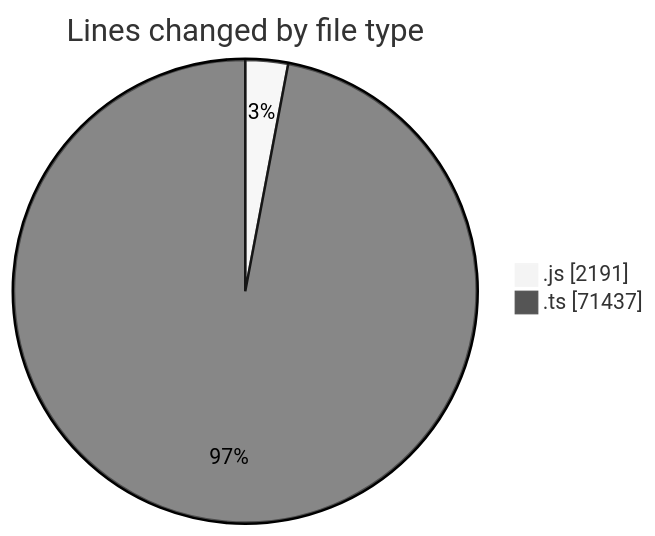
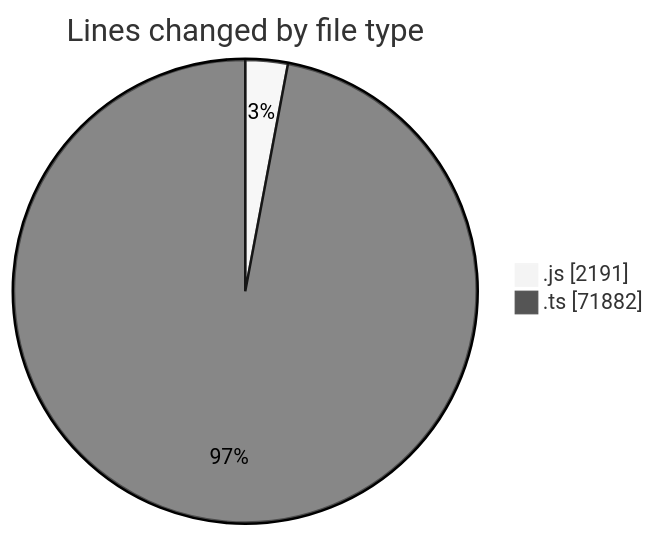
The first of 2 diagrams in 2025-06-19/cda/README.md (momahboobian/code-tracking), drawn with Mermaid (neutral theme) before and after one commit. The commit also changed other lines of this file and 1 other file, not shown here.

````diff
--- a/2025-06-19/cda/README.md
+++ b/2025-06-19/cda/README.md
@@ -38,6 +38,6 @@
 ```mermaid
 pie showData
 title Lines changed by file type
 ".js" : 2191
-".ts" : 71437
+".ts" : 71882
 ```
````
